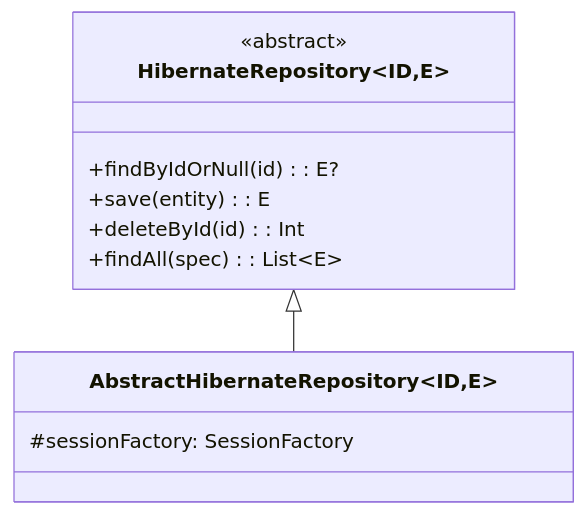
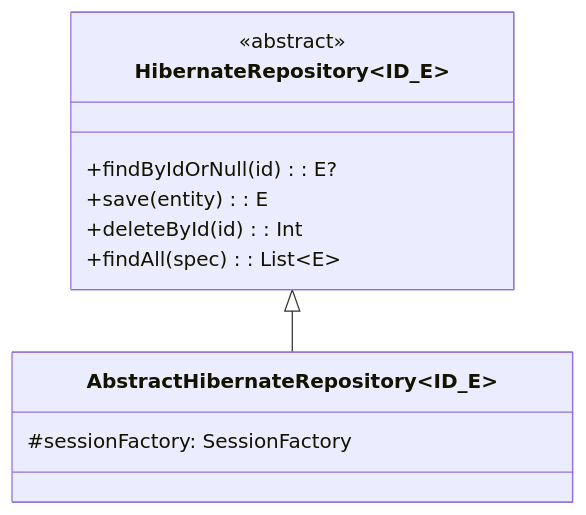
The first of 3 diagrams in data/hibernate/README.md (bluetape4k/bluetape4k-projects), drawn with Mermaid before and after one commit. The commit also changed other lines of this file and 95 other files, not shown here.

First line of the commit message:
docs: Mermaid 파서 오류 전체 수정 (IntelliJ IDEA 호환)

````diff
--- a/data/hibernate/README.md
+++ b/data/hibernate/README.md
@@ -519,19 +519,16 @@
 ```mermaid
 classDiagram
     direction TB
-    class HibernateRepository~ID,E~ {
+    class HibernateRepository~ID_E~ {
         <<abstract>>
         +findByIdOrNull(id): E?
         +save(entity): E
         +deleteById(id): Int
         +findAll(spec): List~E~
     }
-    class AbstractHibernateRepository~ID,E~ {
+    class AbstractHibernateRepository~ID_E~ {
         #sessionFactory: SessionFactory
     }
     HibernateRepository <|-- AbstractHibernateRepository
 
-    classDef repoStyle fill:#2196F3
-    class HibernateRepository:::repoStyle
-    class AbstractHibernateRepository:::repoStyle
 ```
````
